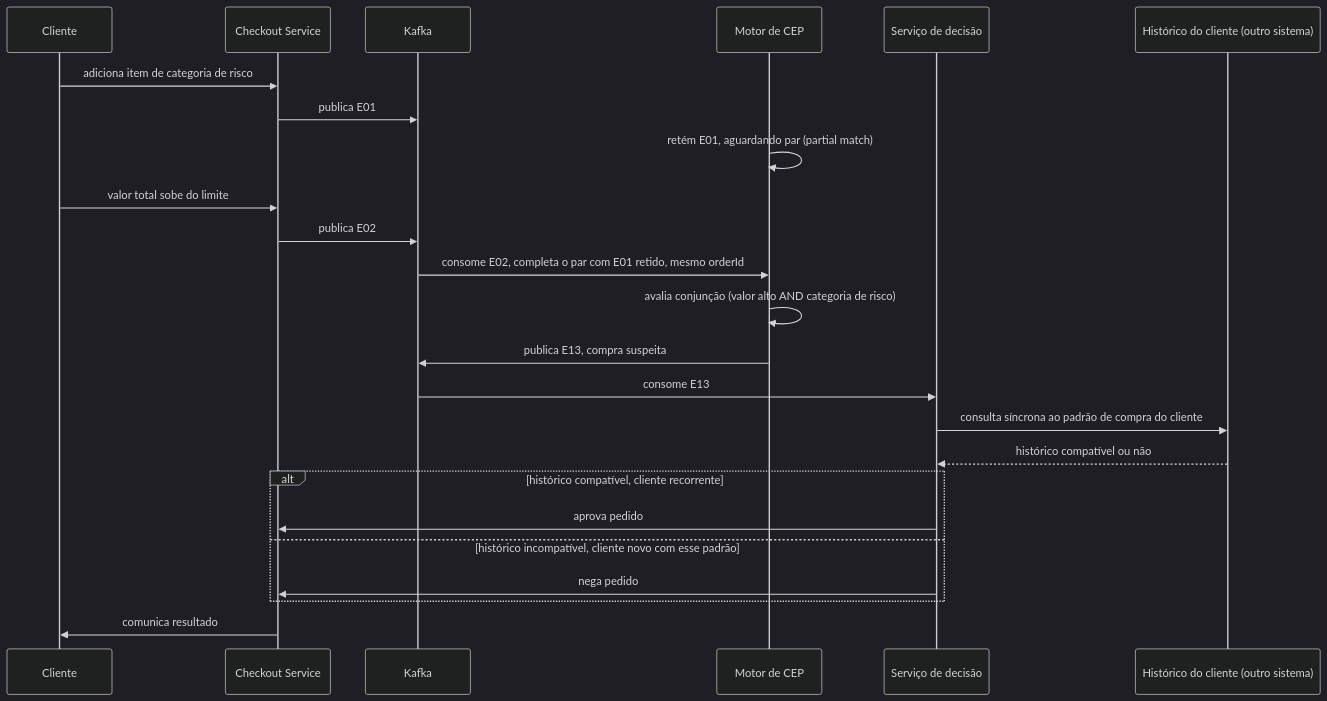
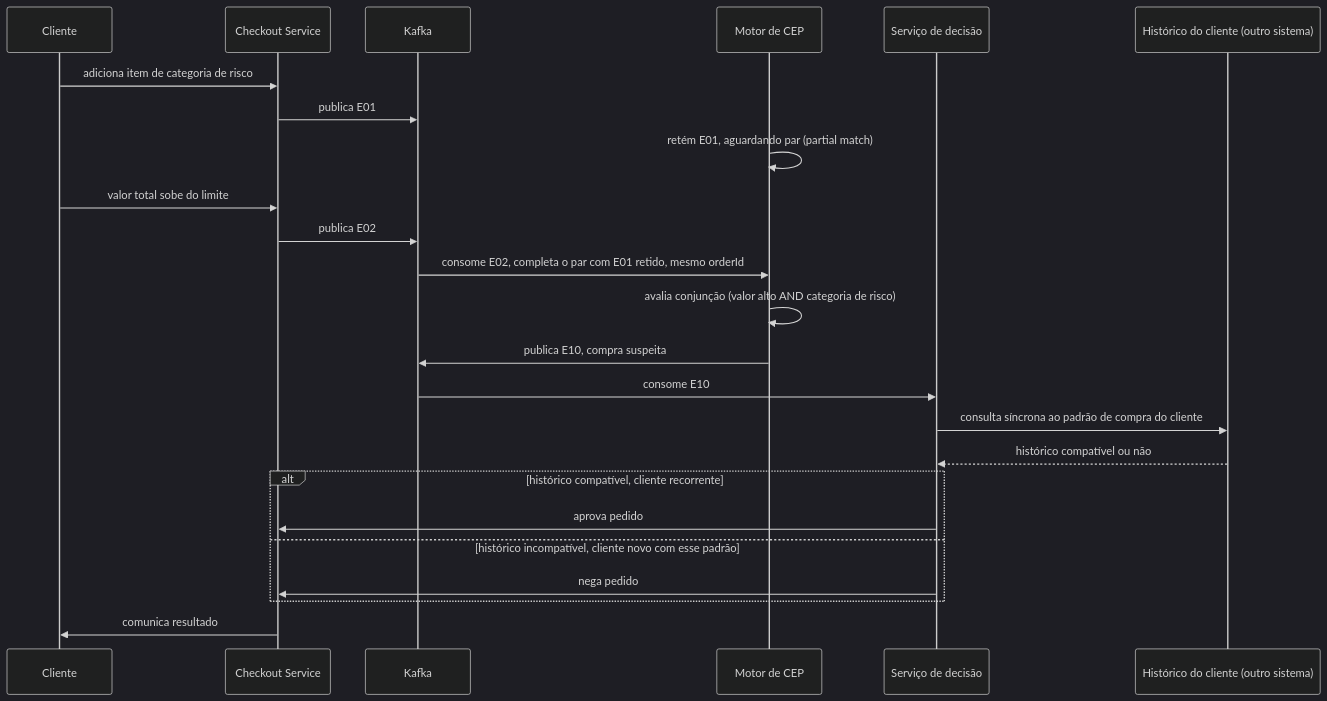
One commit to AndreLobo1/scsdscd changed the fourth of 6 diagrams in ponderada-cep-antifraude.md. Above: the diagram before and after it, drawn with Mermaid (dark theme). The commit also changed other lines of this file, not shown here.

````diff
--- a/ponderada-cep-antifraude.md
+++ b/ponderada-cep-antifraude.md
@@ -271,27 +269,27 @@
 ```mermaid
 sequenceDiagram
     participant Cliente
     participant Checkout as Checkout Service
     participant Kafka
     participant CEP as Motor de CEP
     participant Decisao as Serviço de decisão
     participant Historico as Histórico do cliente (outro sistema)
 
     Cliente->>Checkout: adiciona item de categoria de risco
     Checkout->>Kafka: publica E01
     CEP->>CEP: retém E01, aguardando par (partial match)
     Cliente->>Checkout: valor total sobe do limite
     Checkout->>Kafka: publica E02
     Kafka->>CEP: consome E02, completa o par com E01 retido, mesmo orderId
     CEP->>CEP: avalia conjunção (valor alto AND categoria de risco)
-    CEP->>Kafka: publica E13, compra suspeita
-    Kafka->>Decisao: consome E13
+    CEP->>Kafka: publica E10, compra suspeita
+    Kafka->>Decisao: consome E10
     Decisao->>Historico: consulta síncrona ao padrão de compra do cliente
     Historico-->>Decisao: histórico compatível ou não
     alt histórico compatível, cliente recorrente
         Decisao->>Checkout: aprova pedido
     else histórico incompatível, cliente novo com esse padrão
         Decisao->>Checkout: nega pedido
     end
     Checkout->>Cliente: comunica resultado
 ```
````
